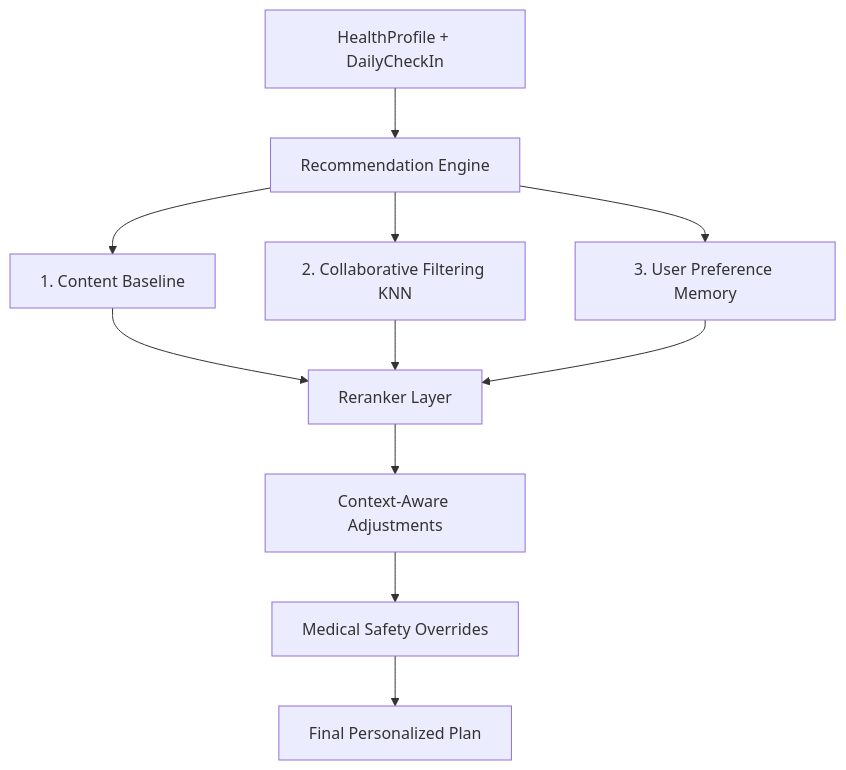
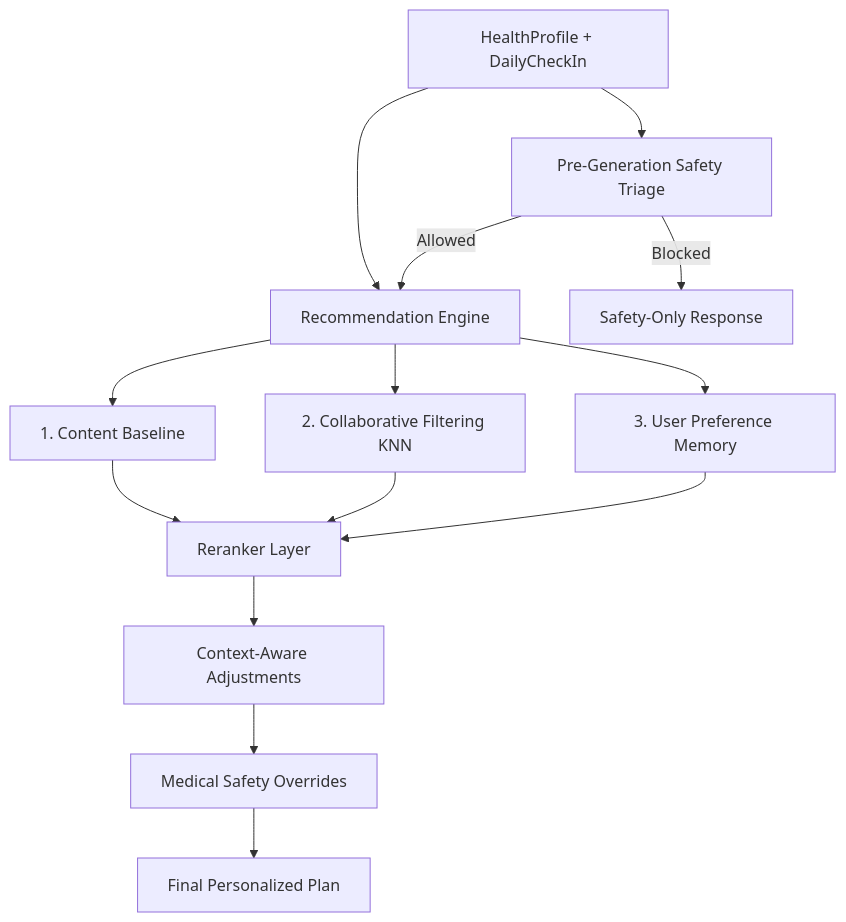
The diagram in docs/subsystems/recommendation_engine.md (KaushalJainAI/FitGenius), drawn with Mermaid before and after one commit. The commit also changed other lines of this file and 13 other files, not shown here.

````diff
--- a/docs/subsystems/recommendation_engine.md
+++ b/docs/subsystems/recommendation_engine.md
@@ -13,13 +13,16 @@
 ```mermaid
 graph TD
     A[HealthProfile + DailyCheckIn] --> B[Recommendation Engine]
     B --> C[1. Content Baseline]
     B --> D[2. Collaborative Filtering KNN]
     B --> E[3. User Preference Memory]
     C --> F[Reranker Layer]
     D --> F
     E --> F
     F --> G[Context-Aware Adjustments]
     G --> H[Medical Safety Overrides]
     H --> I[Final Personalized Plan]
+    A --> S[Pre-Generation Safety Triage]
+    S -->|Blocked| R[Safety-Only Response]
+    S -->|Allowed| B
 ```
````
